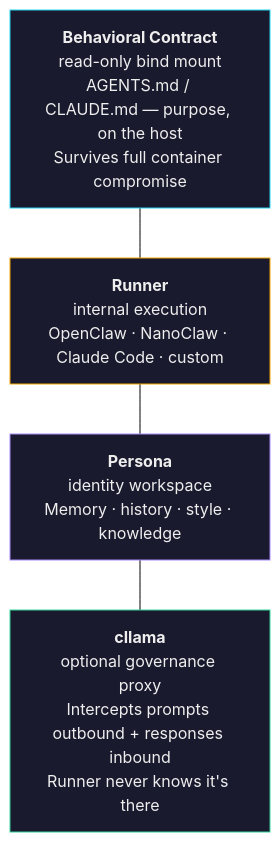
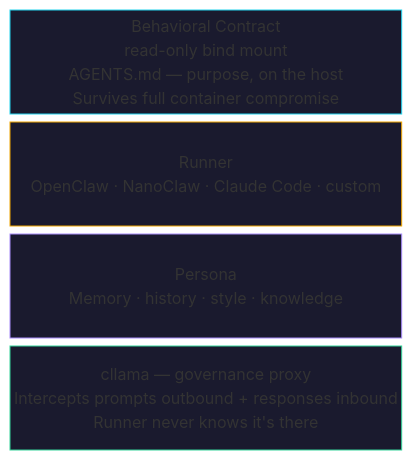
The diagram in README.md (mostlydev/clawdapus), drawn with Mermaid (forest theme) before and after one commit.

Commit message:
fix: mermaid diagram rendering + cllama-passthrough link
Replace HTML tags in mermaid block-beta with plain text (GitHub
renderer chokes on <b>/<br/>/<i> in graph TD nodes).
Point cllama-passthrough link to external GitHub repo.

````diff
--- a/README.md
+++ b/README.md
@@ -132,14 +132,13 @@
 ```mermaid
-graph TD
-  contract["<b>Behavioral Contract</b><br/>read-only bind mount<br/>AGENTS.md / CLAUDE.md — purpose, on the host<br/>Survives full container compromise"]
-  runner["<b>Runner</b><br/>internal execution<br/>OpenClaw · NanoClaw · Claude Code · custom"]
-  persona["<b>Persona</b><br/>identity workspace<br/>Memory · history · style · knowledge"]
-  proxy["<b>cllama</b><br/>optional governance proxy<br/>Intercepts prompts outbound + responses inbound<br/>Runner never knows it's there"]
-
-  contract --- runner --- persona --- proxy
+block-beta
+  columns 1
+  contract["Behavioral Contract\nread-only bind mount\nAGENTS.md — purpose, on the host\nSurvives full container compromise"]
+  runner["Runner\nOpenClaw · NanoClaw · Claude Code · custom"]
+  persona["Persona\nMemory · history · style · knowledge"]
+  proxy["cllama — governance proxy\nIntercepts prompts outbound + responses inbound\nRunner never knows it's there"]
 
   style contract fill:#1a1a2e,stroke:#22d3ee,color:#eee
   style runner fill:#1a1a2e,stroke:#f0a500,color:#eee
   style persona fill:#1a1a2e,stroke:#a78bfa,color:#eee
   style proxy fill:#1a1a2e,stroke:#34d399,color:#eee
 ```
````
